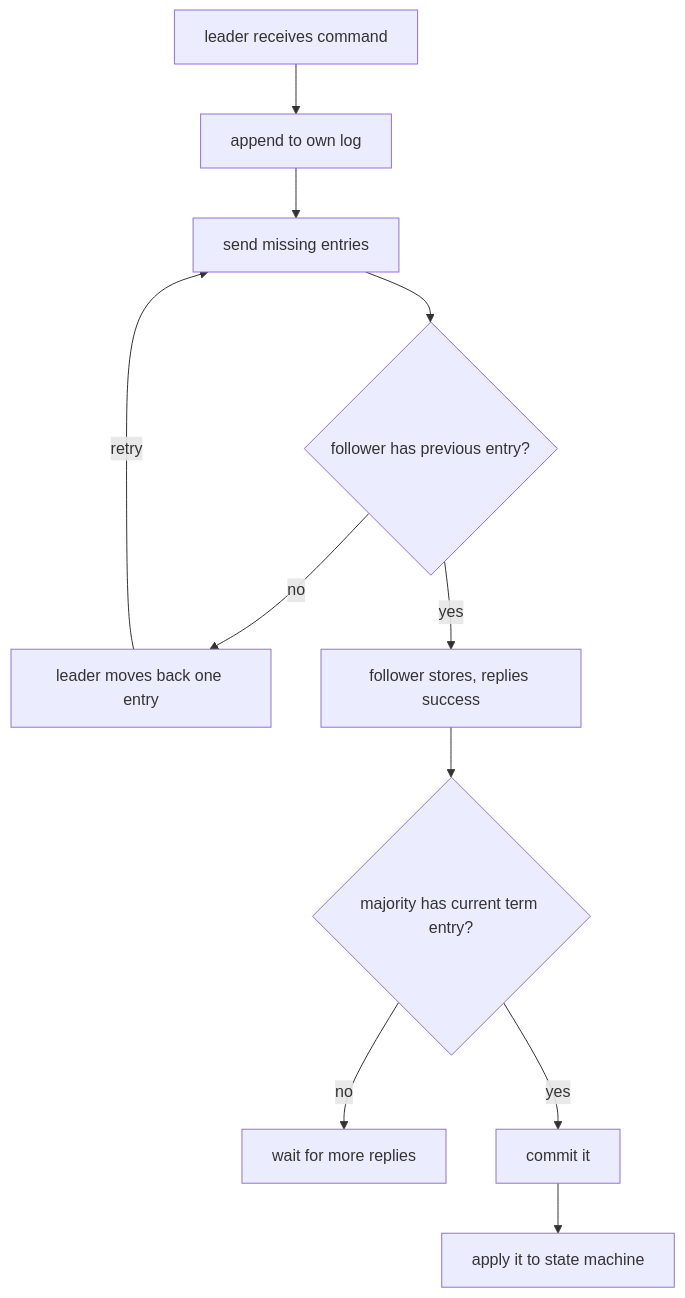
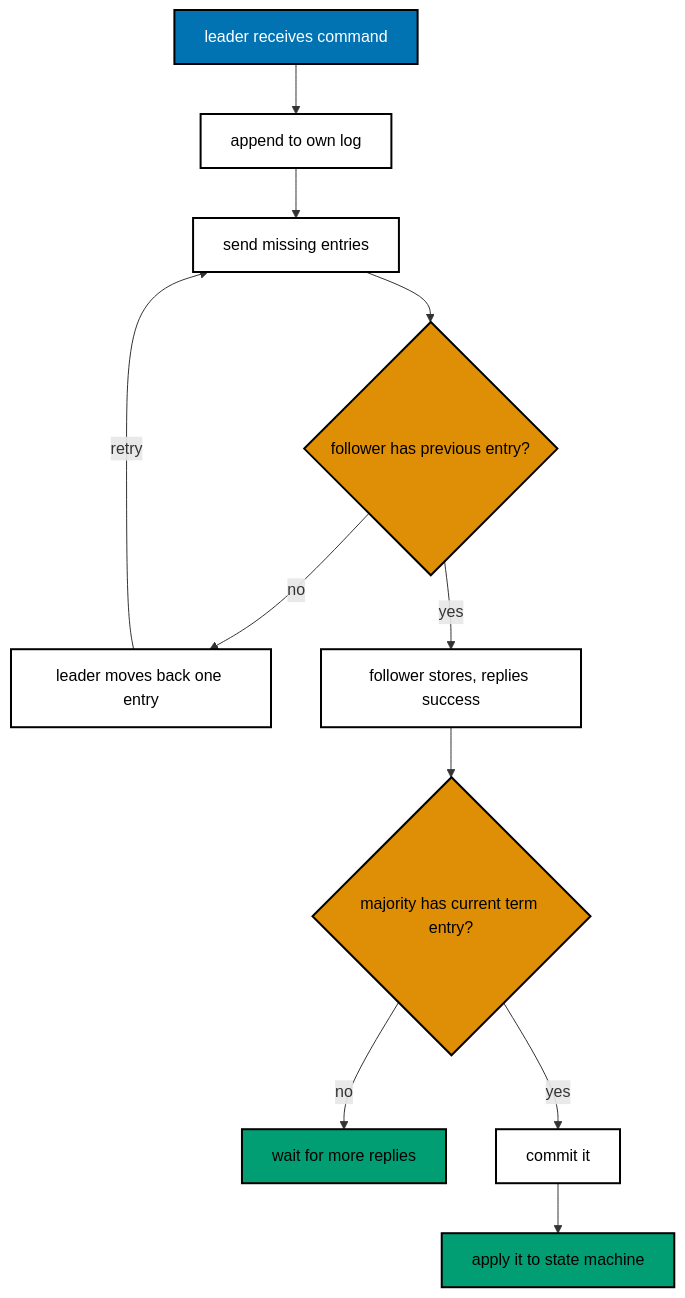
Before and after one commit to wahidyankf/grind-in-public: the second of 2 diagrams in drill/system-design-algos/in-python/algo_11_raft.md, drawn with Mermaid. The commit also changed 22 other files, not shown here.

First line of the commit message:
docs: use accessible palette in mermaid diagrams

````diff
--- a/drill/system-design-algos/in-python/algo_11_raft.md
+++ b/drill/system-design-algos/in-python/algo_11_raft.md
@@ -51,17 +51,24 @@
 ```mermaid
 flowchart TD
   accTitle: Raft replicate
   accDescr {
     Shows the leader sending entries, backing up on a mismatch, and committing once a majority stores one.
   }
   A["leader receives command"] --> B["append to own log"]
   B --> C["send missing entries"]
   C --> D{"follower has previous entry?"}
   D -->|no| E["leader moves back one entry"]
   E -->|retry| C
   D -->|yes| F["follower stores, replies success"]
   F --> G{"majority has current term entry?"}
   G -->|no| H["wait for more replies"]
   G -->|yes| I["commit it"]
   I --> J["apply it to state machine"]
+  classDef default fill:#FFFFFF,stroke:#000000,color:#000000,stroke-width:2px
+  classDef blue fill:#0173B2,stroke:#000000,color:#FFFFFF,stroke-width:2px
+  classDef orange fill:#DE8F05,stroke:#000000,color:#000000,stroke-width:2px
+  classDef teal fill:#029E73,stroke:#000000,color:#000000,stroke-width:2px
+  class D,G orange
+  class A blue
+  class H,J teal
 ```
````
